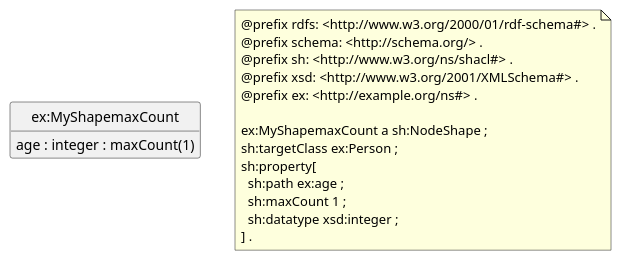
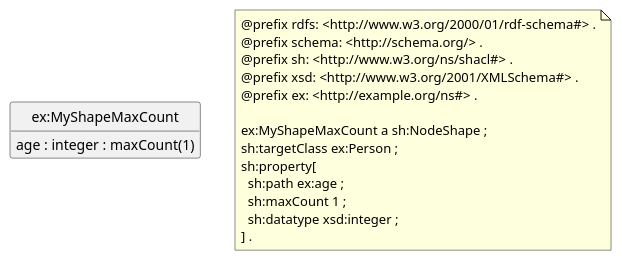
One commit to sparna-git/shacl-play changed the diagram in shacl-diagram/src/specs/07-maxCount/expected.iuml. Above: the diagram before and after it, drawn with PlantUML. The commit also changed 38 other files, not shown here.

```diff
--- a/shacl-diagram/src/specs/07-maxCount/expected.iuml
+++ b/shacl-diagram/src/specs/07-maxCount/expected.iuml
@@ -1,25 +1,25 @@
 @startuml
-class "ex:MyShapemaxCount" 
-"ex:MyShapemaxCount" : age : integer : maxCount(1)
+class "ex:MyShapeMaxCount" 
+"ex:MyShapeMaxCount" : age : integer : maxCount(1)
 
 
 note as N1
 @prefix rdfs: <http://www.w3.org/2000/01/rdf-schema#> .
 @prefix schema: <http://schema.org/> .
 @prefix sh: <http://www.w3.org/ns/shacl#> .
 @prefix xsd: <http://www.w3.org/2001/XMLSchema#> .
 @prefix ex: <http://example.org/ns#> .
 
-ex:MyShapemaxCount a sh:NodeShape ;
+ex:MyShapeMaxCount a sh:NodeShape ;
 sh:targetClass ex:Person ;
 sh:property[
   sh:path ex:age ;
   sh:maxCount 1 ;
   sh:datatype xsd:integer ;
 ] .
 end note
 
 
 hide circle
 hide empty members
 @enduml
```
